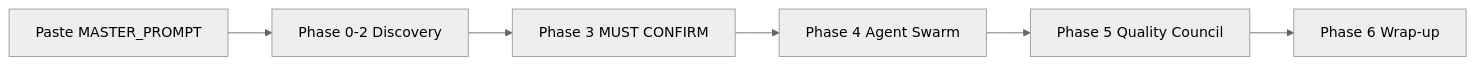
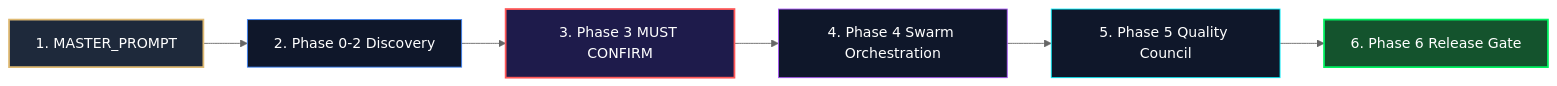
Before and after one commit to Harery/Praetor: the diagram in README.md, drawn with Mermaid (neutral theme). The commit also changed other lines of this file, not shown here.

````diff
--- a/README.md
+++ b/README.md
@@ -90,8 +66,15 @@
 ```mermaid
 flowchart LR
-   A[Paste MASTER_PROMPT] --> B[Phase 0-2 Discovery]
-   B --> C[Phase 3 MUST CONFIRM]
-   C --> D[Phase 4 Agent Swarm]
-   D --> E[Phase 5 Quality Council]
-   E --> F[Phase 6 Wrap-up]
+    A[1. MASTER_PROMPT] --> B[2. Phase 0-2 Discovery]
+    B --> C[3. Phase 3 MUST CONFIRM]
+    C --> D[4. Phase 4 Swarm Orchestration]
+    D --> E[5. Phase 5 Quality Council]
+    E --> F[6. Phase 6 Release Gate]
+    
+    style A fill:#1e293b,stroke:#DFBA73,stroke-width:2px,color:#fff
+    style B fill:#0f172a,stroke:#3b82f6,stroke-width:1px,color:#fff
+    style C fill:#1e1b4b,stroke:#ff5858,stroke-width:2px,color:#fff
+    style D fill:#0f172a,stroke:#a855f7,stroke-width:1px,color:#fff
+    style E fill:#0f172a,stroke:#00f2fe,stroke-width:1px,color:#fff
+    style F fill:#14532d,stroke:#00f260,stroke-width:2px,color:#fff
 ```
````
